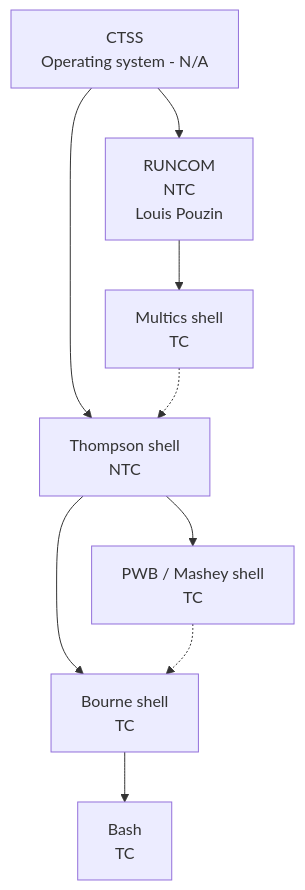
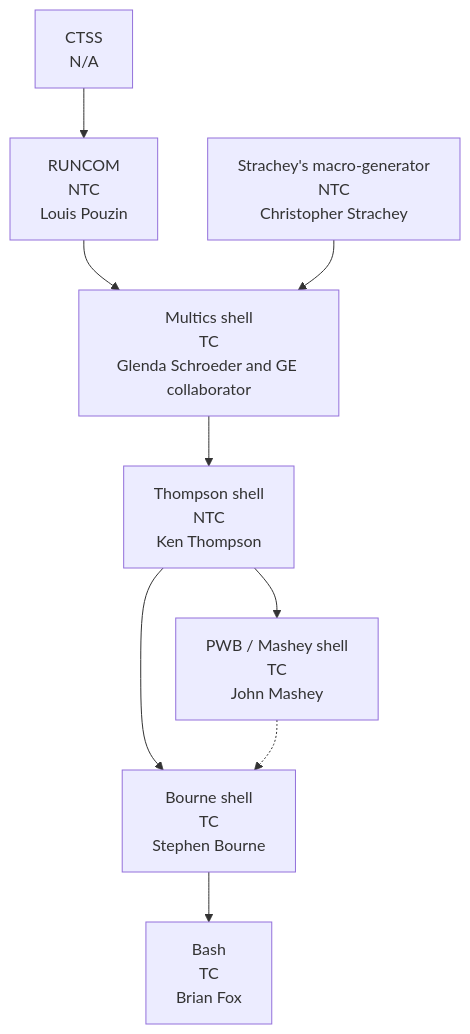
One commit to bendqh1/shell changed the diagram in shell_turing_completeness.md. Above: the diagram before and after it, drawn with Mermaid.

````diff
--- a/shell_turing_completeness.md
+++ b/shell_turing_completeness.md
@@ -3,20 +3,20 @@
 ```mermaid
-
 flowchart TD
-    CTSS["CTSS<br/>Operating system - N/A"]
+    CTSS["CTSS<br/>N/A"]
     RUNCOM["RUNCOM<br/>NTC<br/>Louis Pouzin"]
-    MULTICS["Multics shell<br/>TC"]
-    THOMPSON["Thompson shell<br/>NTC"]
-    PWB["PWB / Mashey shell<br/>TC"]
-    BOURNE["Bourne shell<br/>TC"]
-    BASH["Bash<br/>TC"]
+    STRACHEY["Strachey's macro-generator<br/>NTC<br/>Christopher Strachey"]
+    MULTICS["Multics shell<br/>TC<br/>Glenda Schroeder and GE collaborator"]
+    THOMPSON["Thompson shell<br/>NTC<br/>Ken Thompson"]
+    PWB["PWB / Mashey shell<br/>TC<br/>John Mashey"]
+    BOURNE["Bourne shell<br/>TC<br/>Stephen Bourne"]
+    BASH["Bash<br/>TC<br/>Brian Fox"]
 
     CTSS --> RUNCOM
     RUNCOM --> MULTICS
-    CTSS --> THOMPSON
-    MULTICS -.-> THOMPSON
+    STRACHEY --> MULTICS
+    MULTICS --> THOMPSON
     THOMPSON --> PWB
     THOMPSON --> BOURNE
     PWB -.-> BOURNE
     BOURNE --> BASH
 ```
````
